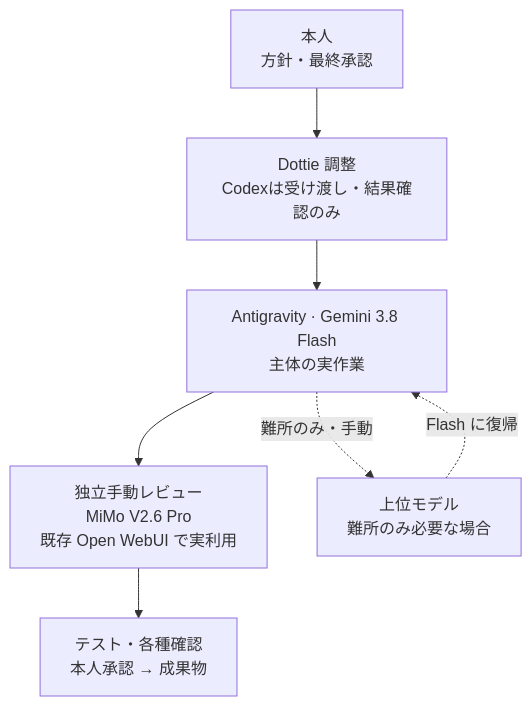
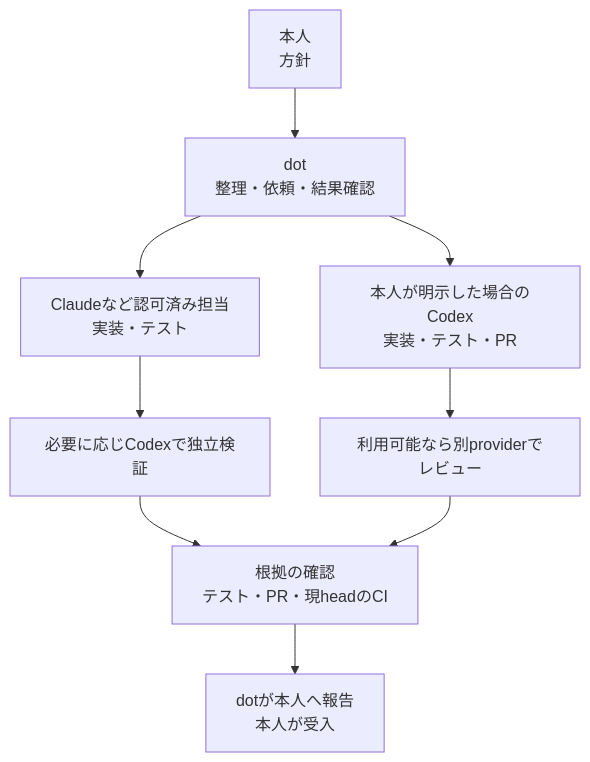
The diagram in tools/architecture/workflow.ja.mmd (moruku36/multi-ai-workflow), drawn with Mermaid before and after one commit. The commit also changed 15 other files, not shown here.

```diff
--- a/tools/architecture/workflow.ja.mmd
+++ b/tools/architecture/workflow.ja.mmd
@@ -1,7 +1,9 @@
 flowchart TB
-    O["本人<br/>方針・最終承認"] --> D["Dottie 調整<br/>Codexは受け渡し・結果確認のみ"]
-    D --> F["Antigravity · Gemini 3.8 Flash<br/>主体の実作業"]
-    F --> R["独立手動レビュー<br/>MiMo V2.6 Pro<br/>既存 Open WebUI で実利用"]
-    R --> G["テスト・各種確認<br/>本人承認 → 成果物"]
-    F -. "難所のみ・手動" .-> H["上位モデル<br/>難所のみ必要な場合"]
-    H -. "Flash に復帰" .-> F
+    O["本人<br/>方針"] --> D["dot<br/>整理・依頼・結果確認"]
+    D --> C["Claudeなど認可済み担当<br/>実装・テスト"]
+    D --> X["本人が明示した場合のCodex<br/>実装・テスト・PR"]
+    C --> V["必要に応じCodexで独立検証"]
+    X --> R["利用可能なら別providerでレビュー"]
+    V --> G["根拠の確認<br/>テスト・PR・現headのCI"]
+    R --> G
+    G --> F["dotが本人へ報告<br/>本人が受入"]
```
